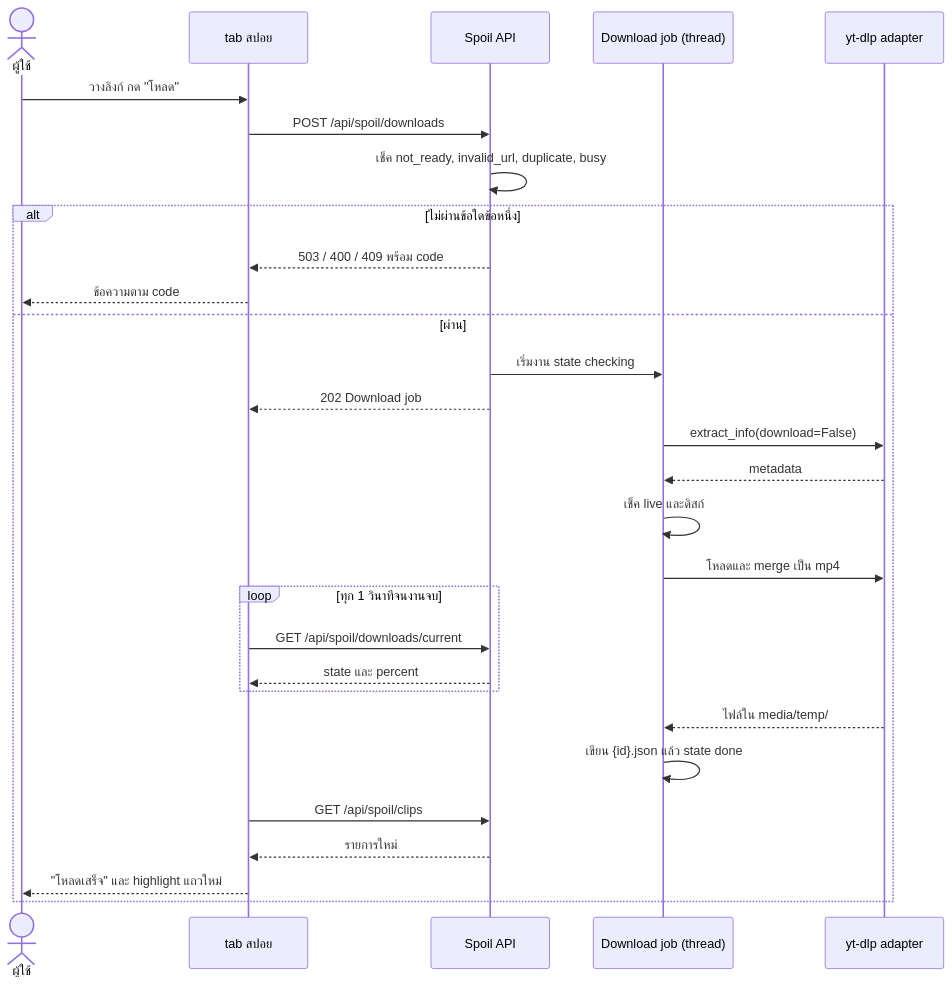
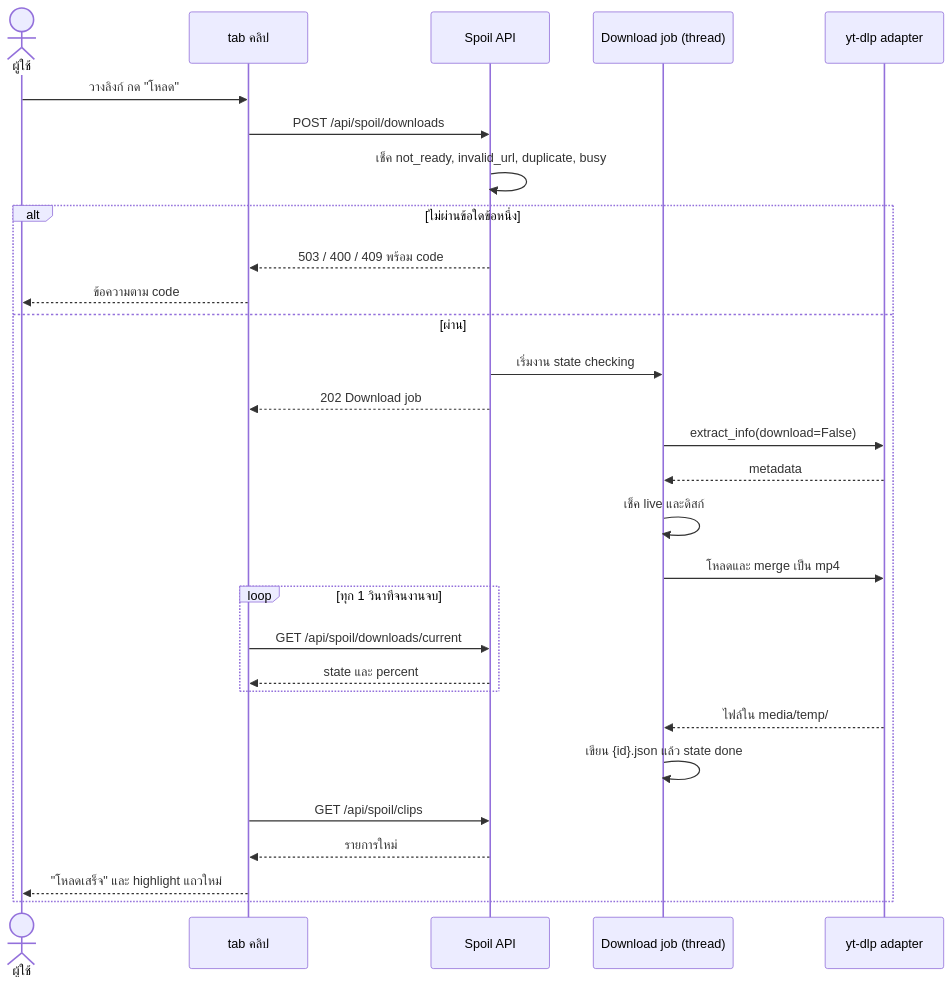
Before and after one commit to mousemouse094526/framecraft: the first of 4 diagrams in docs/features/spoil/flow.md, drawn with Mermaid. The commit also changed other lines of this file and 16 other files, not shown here.

````diff
--- a/docs/features/spoil/flow.md
+++ b/docs/features/spoil/flow.md
@@ -13,32 +13,32 @@
 ```mermaid
 sequenceDiagram
     actor U as ผู้ใช้
-    participant W as tab สปอย
+    participant W as tab คลิป
     participant A as Spoil API
     participant J as Download job (thread)
     participant Y as yt-dlp adapter
 
     U->>W: วางลิงก์ กด "โหลด"
     W->>A: POST /api/spoil/downloads
     A->>A: เช็ค not_ready, invalid_url, duplicate, busy
     alt ไม่ผ่านข้อใดข้อหนึ่ง
         A-->>W: 503 / 400 / 409 พร้อม code
         W-->>U: ข้อความตาม code
     else ผ่าน
         A->>J: เริ่มงาน state checking
         A-->>W: 202 Download job
         J->>Y: extract_info(download=False)
         Y-->>J: metadata
         J->>J: เช็ค live และดิสก์
         J->>Y: โหลดและ merge เป็น mp4
         loop ทุก 1 วินาทีจนงานจบ
             W->>A: GET /api/spoil/downloads/current
             A-->>W: state และ percent
         end
         Y-->>J: ไฟล์ใน media/temp/
         J->>J: เขียน {id}.json แล้ว state done
         W->>A: GET /api/spoil/clips
         A-->>W: รายการใหม่
         W-->>U: "โหลดเสร็จ" และ highlight แถวใหม่
     end
 ```
````
